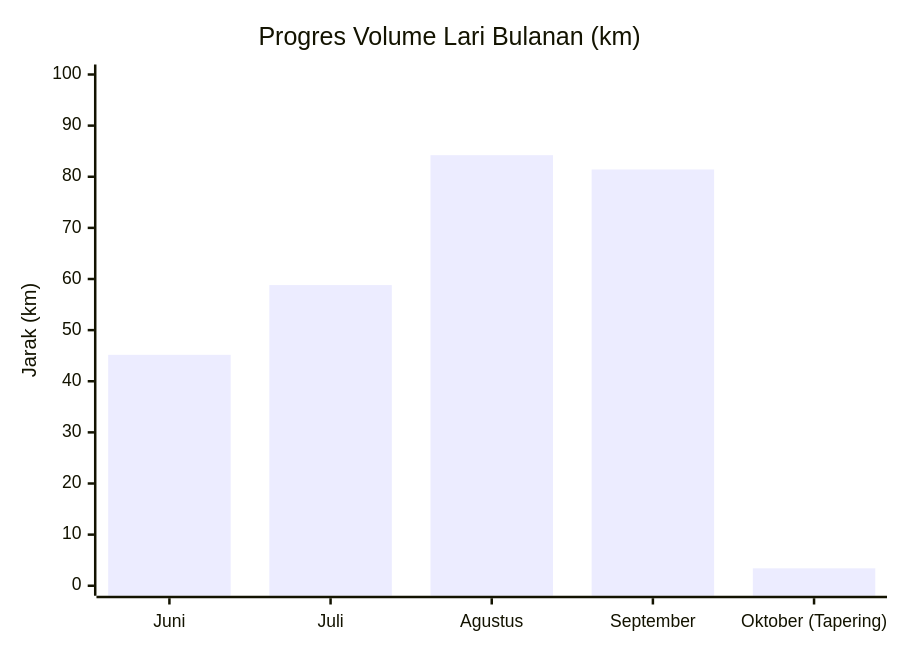
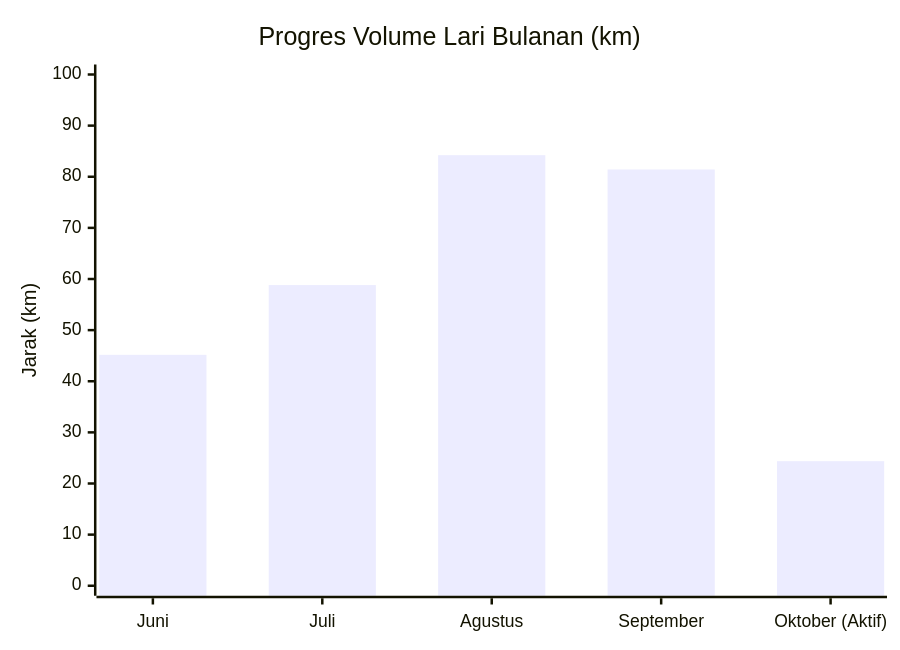
Before and after one commit to abiyyu19/personal-running-report: the diagram in output/analisis_mendalam_historis.md, drawn with Mermaid. The commit also changed other lines of this file and 6 other files, not shown here.

````diff
--- a/output/analisis_mendalam_historis.md
+++ b/output/analisis_mendalam_historis.md
@@ -39,7 +39,7 @@
 ```mermaid
 xychart-beta
     title "Progres Volume Lari Bulanan (km)"
-    x-axis ["Juni", "Juli", "Agustus", "September", "Oktober (Tapering)"]
+    x-axis ["Juni", "Juli", "Agustus", "September", "Oktober (Aktif)"]
     y-axis "Jarak (km)" 0 --> 100
-    bar [45.17, 58.81, 84.22, 81.42, 3.41]
+    bar [45.17, 58.81, 84.22, 81.42, 24.37]
 ```
````
